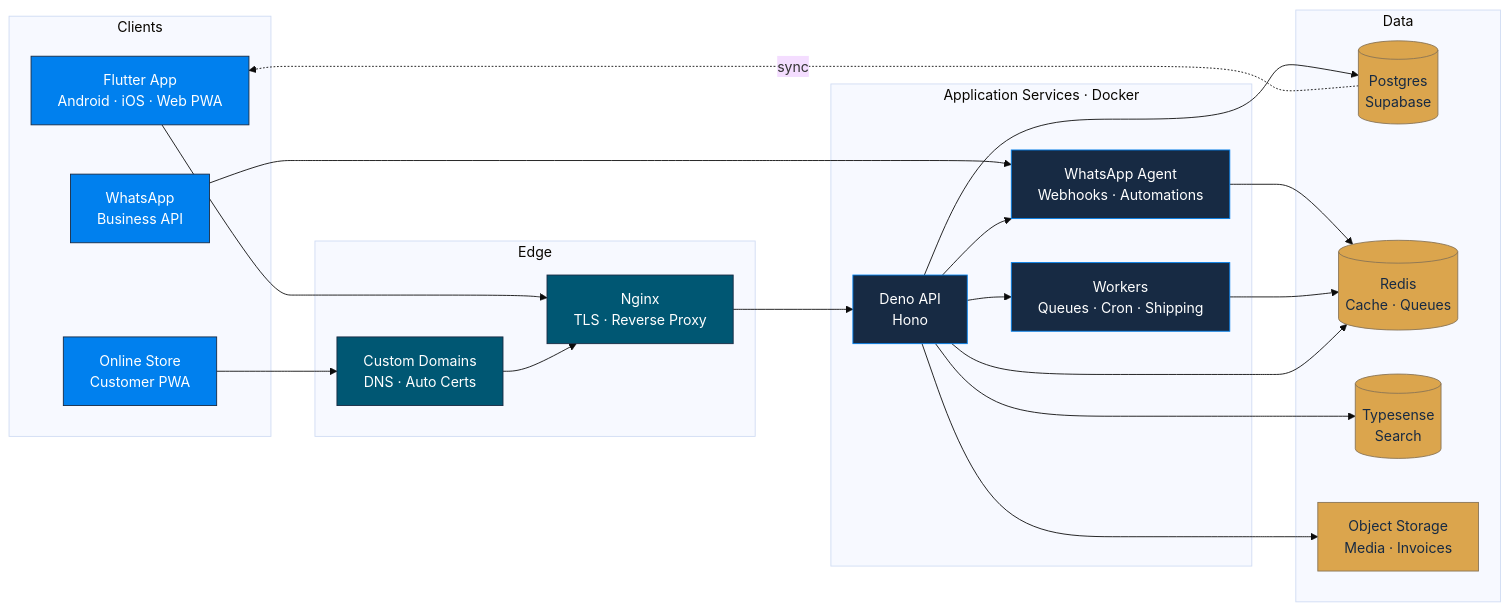
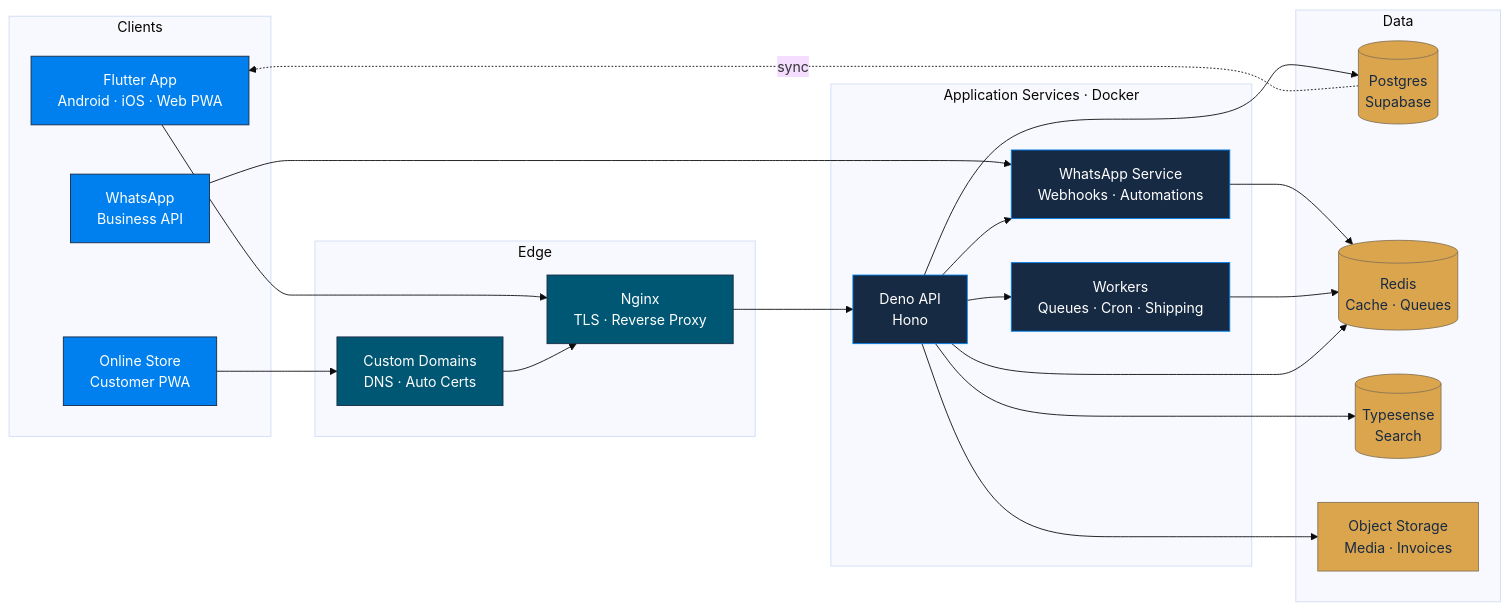
Before and after one commit to SankalpPyFever333/SankalpPyFever333: the second of 2 diagrams in README.md, drawn with Mermaid (base theme). The commit also changed other lines of this file and 2 other files, not shown here.

````diff
--- a/README.md
+++ b/README.md
@@ -70,50 +96,50 @@
 ```mermaid
 flowchart LR
     subgraph clients["Clients"]
         A["Flutter App<br/>Android · iOS · Web PWA"]
         B["Online Store<br/>Customer PWA"]
         C["WhatsApp<br/>Business API"]
     end
 
     subgraph edge["Edge"]
         D["Nginx<br/>TLS · Reverse Proxy"]
         E["Custom Domains<br/>DNS · Auto Certs"]
     end
 
     subgraph services["Application Services · Docker"]
         F["Deno API<br/>Hono"]
-        G["WhatsApp Agent<br/>Webhooks · Automations"]
+        G["WhatsApp Service<br/>Webhooks · Automations"]
         H["Workers<br/>Queues · Cron · Shipping"]
     end
 
     subgraph data["Data"]
         I[("Postgres<br/>Supabase")]
         J[("Redis<br/>Cache · Queues")]
         K[("Typesense<br/>Search")]
         L["Object Storage<br/>Media · Invoices"]
     end
 
     A --> D
     B --> E
     C --> G
     E --> D
     D --> F
     F --> G
     F --> H
     G --> J
     H --> J
     F --> I
     F --> J
     F --> K
     F --> L
     I -. "sync" .-> A
 
     classDef c fill:#0080ee,stroke:#172a43,stroke-width:1px,color:#ffffff
     classDef e fill:#005773,stroke:#172a43,stroke-width:1px,color:#ffffff
     classDef s fill:#172a43,stroke:#0080ee,stroke-width:1px,color:#ffffff
     classDef d fill:#dba54d,stroke:#887456,stroke-width:1px,color:#172a43
     class A,B,C c
     class D,E e
     class F,G,H s
     class I,J,K,L d
 ```
````
